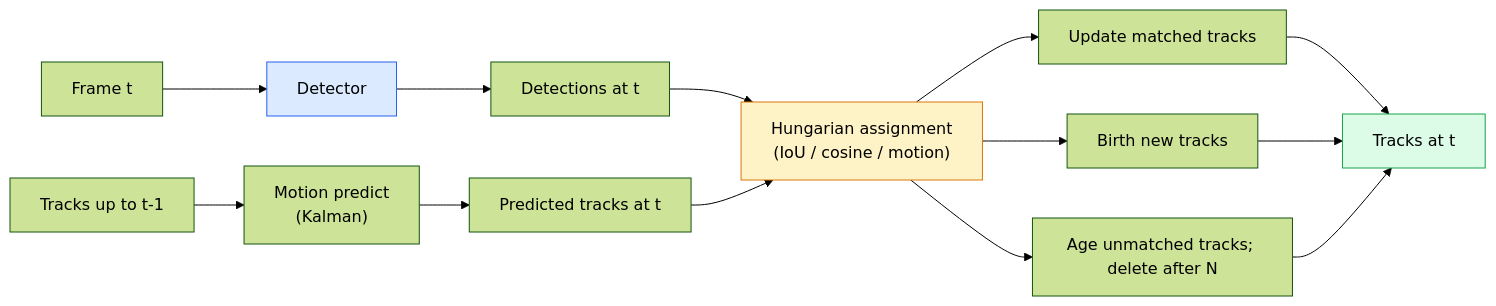
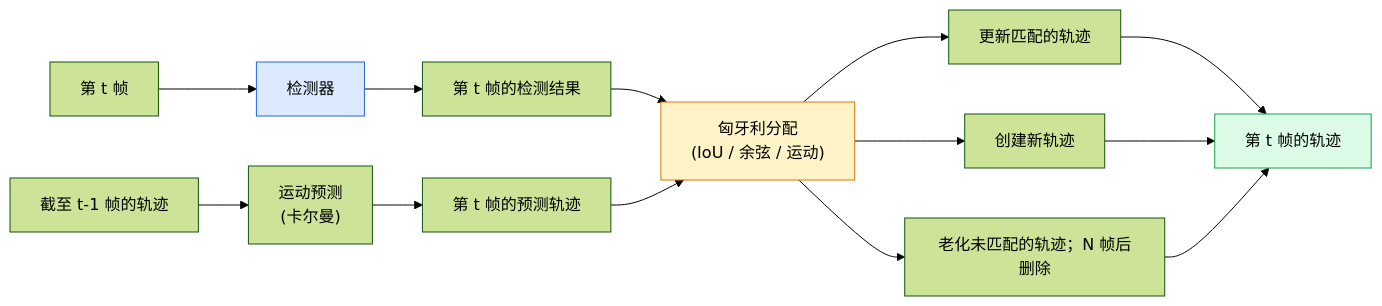
The diagram in lessons/04-computer-vision/27-multi-object-tracking/docs/zh.md (guangningsun/ailearning), drawn with Mermaid (forest theme) before and after one commit. The commit also changed other lines of this file and 29 other files, not shown here.

````diff
--- a/lessons/04-computer-vision/27-multi-object-tracking/docs/zh.md
+++ b/lessons/04-computer-vision/27-multi-object-tracking/docs/zh.md
@@ -29,18 +29,18 @@
 ```mermaid
 flowchart LR
-    F1["Frame t"] --> DET["Detector"] --> D1["Detections at t"]
-    PREV["Tracks up to t-1"] --> PREDICT["Motion predict<br/>(Kalman)"]
-    PREDICT --> PRED["Predicted tracks at t"]
-    D1 --> ASSOC["Hungarian assignment<br/>(IoU / cosine / motion)"]
+    F1["第 t 帧"] --> DET["检测器"] --> D1["第 t 帧的检测结果"]
+    PREV["截至 t-1 帧的轨迹"] --> PREDICT["运动预测<br/>(卡尔曼)"]
+    PREDICT --> PRED["第 t 帧的预测轨迹"]
+    D1 --> ASSOC["匈牙利分配<br/>(IoU / 余弦 / 运动)"]
     PRED --> ASSOC
-    ASSOC --> UPDATE["Update matched tracks"]
-    ASSOC --> NEW["Birth new tracks"]
-    ASSOC --> DEAD["Age unmatched tracks; delete after N"]
-    UPDATE --> NEXT["Tracks at t"]
+    ASSOC --> UPDATE["更新匹配的轨迹"]
+    ASSOC --> NEW["创建新轨迹"]
+    ASSOC --> DEAD["老化未匹配的轨迹；N 帧后删除"]
+    UPDATE --> NEXT["第 t 帧的轨迹"]
     NEW --> NEXT
     DEAD --> NEXT
 
     style DET fill:#dbeafe,stroke:#2563eb
     style ASSOC fill:#fef3c7,stroke:#d97706
     style NEXT fill:#dcfce7,stroke:#16a34a
 ```
````
